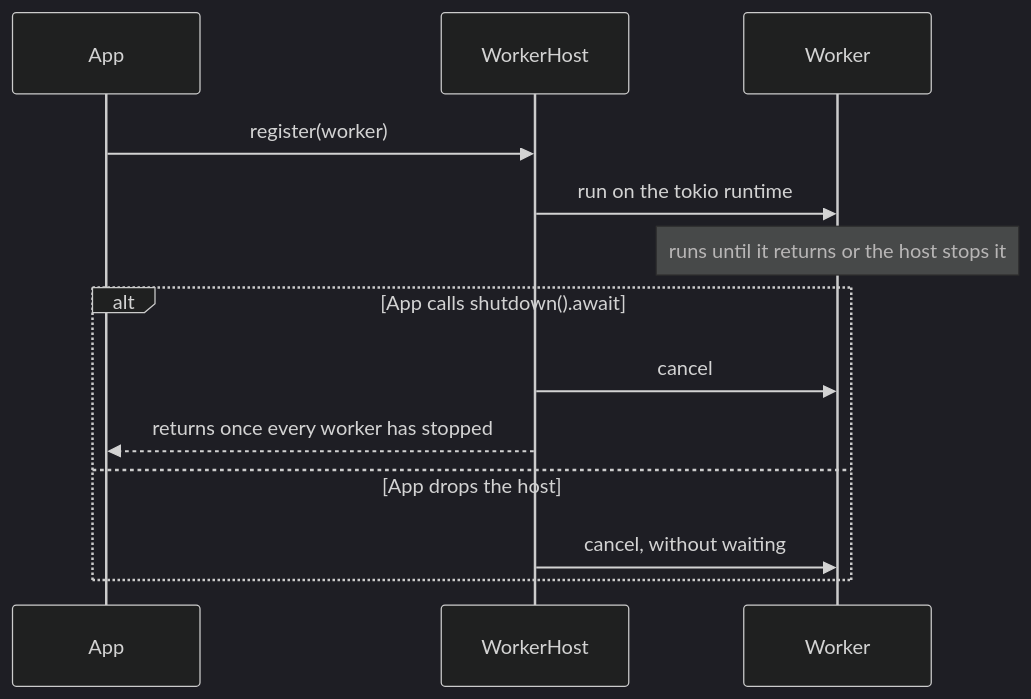
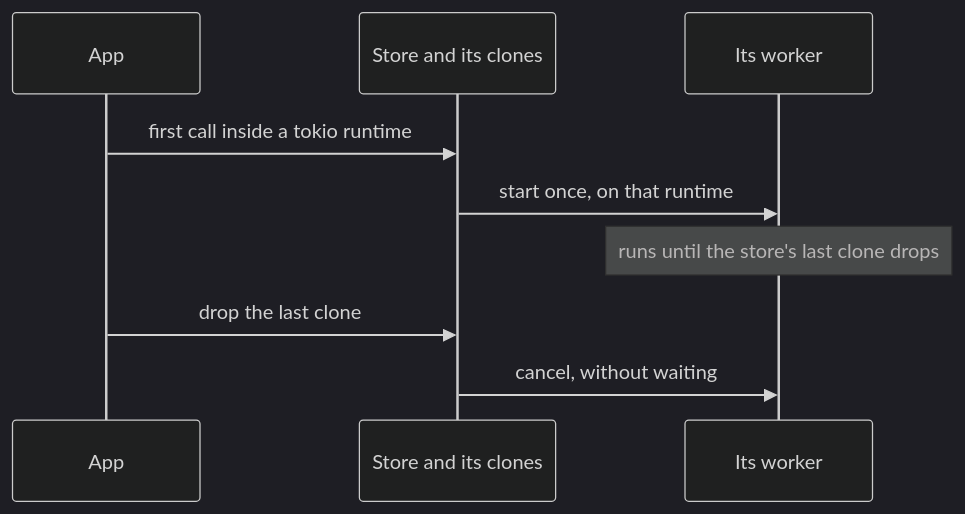
The eighth of 8 diagrams in docs/02-flows.md (sisaio/sisa-caching-rs), drawn with Mermaid (dark theme) before and after one commit. The commit also changed other lines of this file and 4 other files, not shown here.

First line of the commit message:
docs: drop the worker setup now that stores run their own

````diff
--- a/docs/02-flows.md
+++ b/docs/02-flows.md
@@ -218,16 +218,12 @@
 ```mermaid
 sequenceDiagram
     participant App
-    participant Host as WorkerHost
-    participant W as Worker
+    participant Store as Store and its clones
+    participant W as Its worker
 
-    App->>Host: register(worker)
-    Host->>W: run on the tokio runtime
-    Note over W: runs until it returns or the host stops it
-    alt App calls shutdown().await
-        Host->>W: cancel
-        Host-->>App: returns once every worker has stopped
-    else App drops the host
-        Host->>W: cancel, without waiting
-    end
+    App->>Store: first call inside a tokio runtime
+    Store->>W: start once, on that runtime
+    Note over W: runs until the store's last clone drops
+    App->>Store: drop the last clone
+    Store->>W: cancel, without waiting
 ```
````
